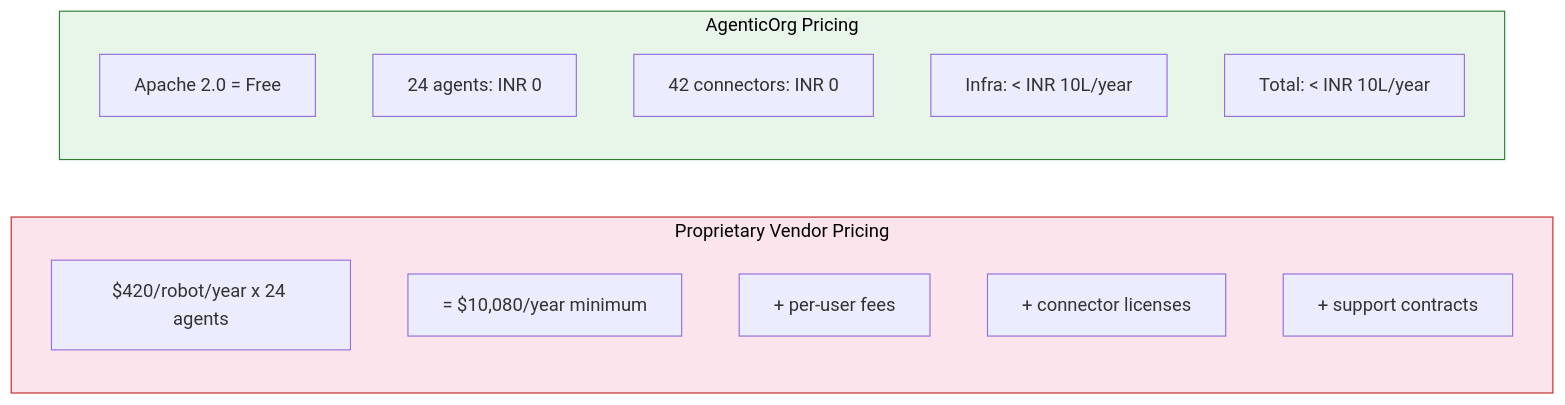
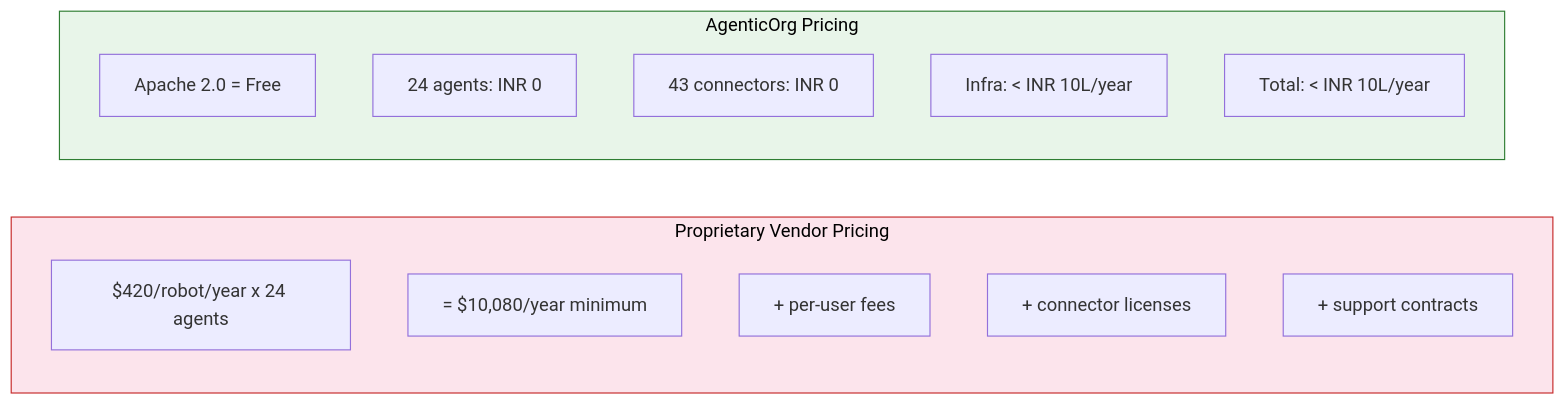
Before and after one commit to mishrasanjeev/agentic-org: the fifth of 7 diagrams in docs/why-agenticorg.md, drawn with Mermaid. The commit also changed 41 other files, not shown here.

````diff
--- a/docs/why-agenticorg.md
+++ b/docs/why-agenticorg.md
@@ -236,21 +236,21 @@
 ```mermaid
 graph LR
     subgraph Proprietary["Proprietary Vendor Pricing"]
         P1["$420/robot/year x 24 agents"]
         P2["= $10,080/year minimum"]
         P3["+ per-user fees"]
         P4["+ connector licenses"]
         P5["+ support contracts"]
     end
 
     subgraph OpenSource["AgenticOrg Pricing"]
         O1["Apache 2.0 = Free"]
         O2["24 agents: INR 0"]
-        O3["42 connectors: INR 0"]
+        O3["43 connectors: INR 0"]
         O4["Infra: < INR 10L/year"]
         O5["Total: < INR 10L/year"]
     end
 
     style Proprietary fill:#fce4ec,stroke:#c62828,color:#000
     style OpenSource fill:#e8f5e9,stroke:#2e7d32,color:#000
 ```
````
